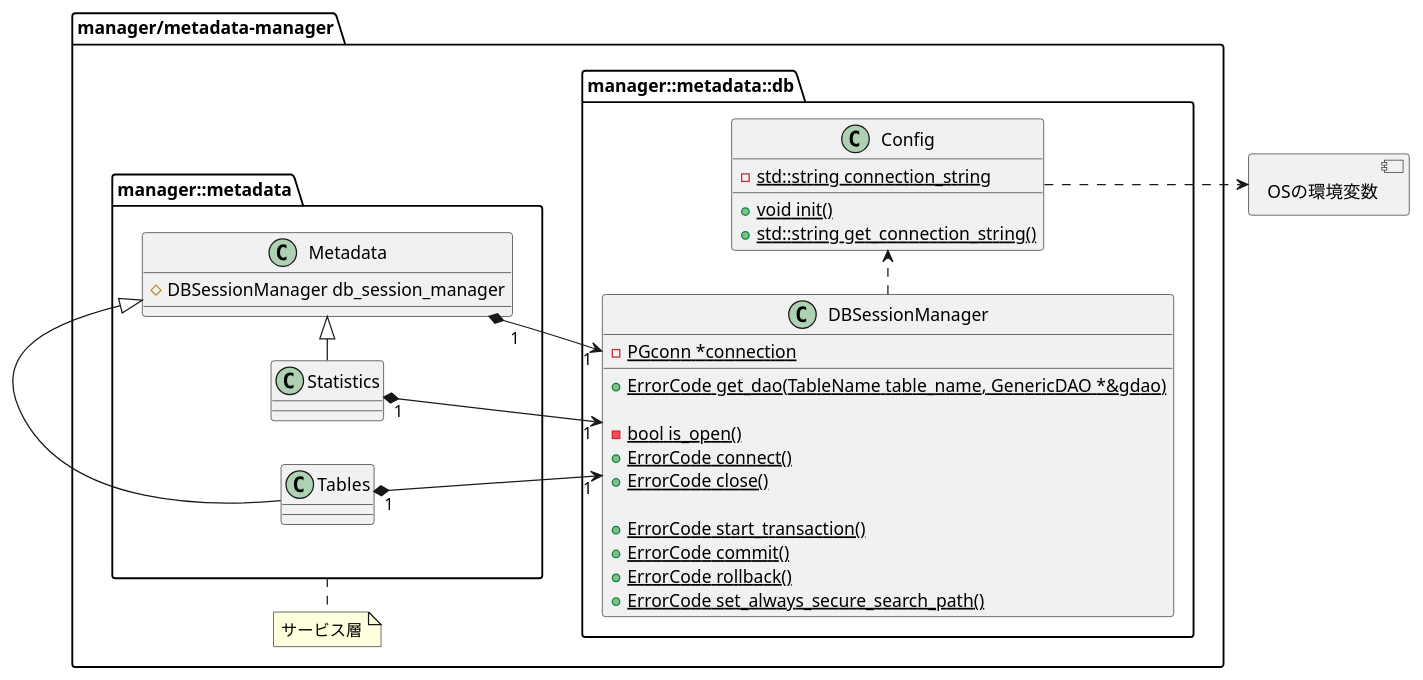
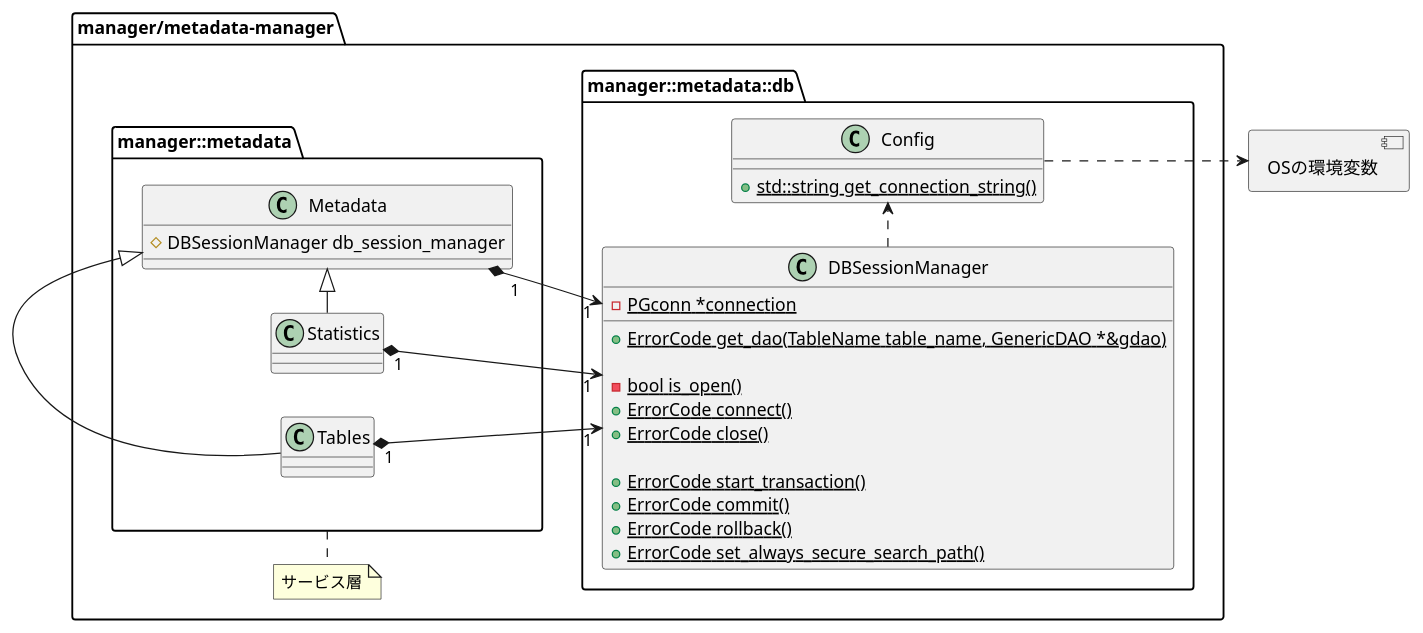
The fourth of 7 diagrams in metadata-manager/docs/statistic/02.FD/uml/ClassDiagram_detail.pu (project-tsurugi/metadata-manager), drawn with PlantUML before and after one commit. The commit also changed 2 other files, not shown here.

Commit message:
Fix method to get Connection Strings to satisfy the functional specification.

```diff
--- a/metadata-manager/docs/statistic/02.FD/uml/ClassDiagram_detail.pu
+++ b/metadata-manager/docs/statistic/02.FD/uml/ClassDiagram_detail.pu
@@ -164,61 +164,59 @@
 @startuml ClassDiagram_detail_dbsm
 left to right direction
 allowmixing
 
 package "manager/metadata-manager" {
   package manager::metadata as manager_metadata{
 
     class "Metadata" as Metadata {
       {field}#DBSessionManager db_session_manager
     }
     
     class Statistics {
     }
     
     class Tables{
     }
 
   }
   
   package manager::metadata::db{
   
     class "DBSessionManager" as DBSM {
       {field}-{static}PGconn *connection
 
       {method}+{static}ErrorCode get_dao(TableName table_name, GenericDAO *&gdao)
       {method}
       {method}-{static}bool is_open()
       {method}+{static}ErrorCode connect()
       {method}+{static}ErrorCode close()
       {method}
       {method}+{static}ErrorCode start_transaction()
       {method}+{static}ErrorCode commit()
       {method}+{static}ErrorCode rollback()
       {method}+{static}ErrorCode set_always_secure_search_path()
     }
   
     class Config {
-      {field}-{static}std::string connection_string
-      {method}+{static}void init()
       {method}+{static}std::string get_connection_string()
     }
   }
   
   note bottom of manager_metadata
   サービス層
   end note
 
   Metadata "1" *--> "1" DBSM
   Tables "1" *--> "1" DBSM
   Statistics "1" *--> "1" DBSM
   Statistics -|> Metadata
   Tables -|> Metadata
   
   DBSM .> Config
 
 }
 
 component "OSの環境変数" as os
 Config ..> os
 
 @enduml
```
